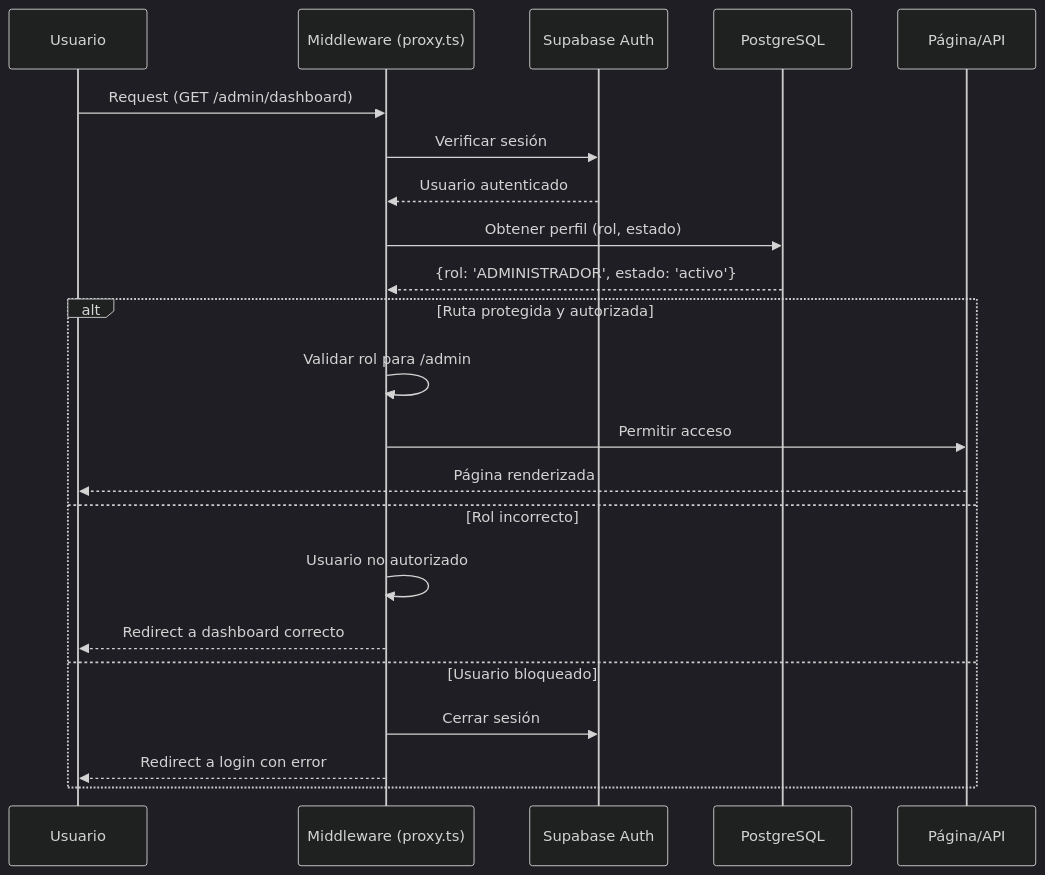
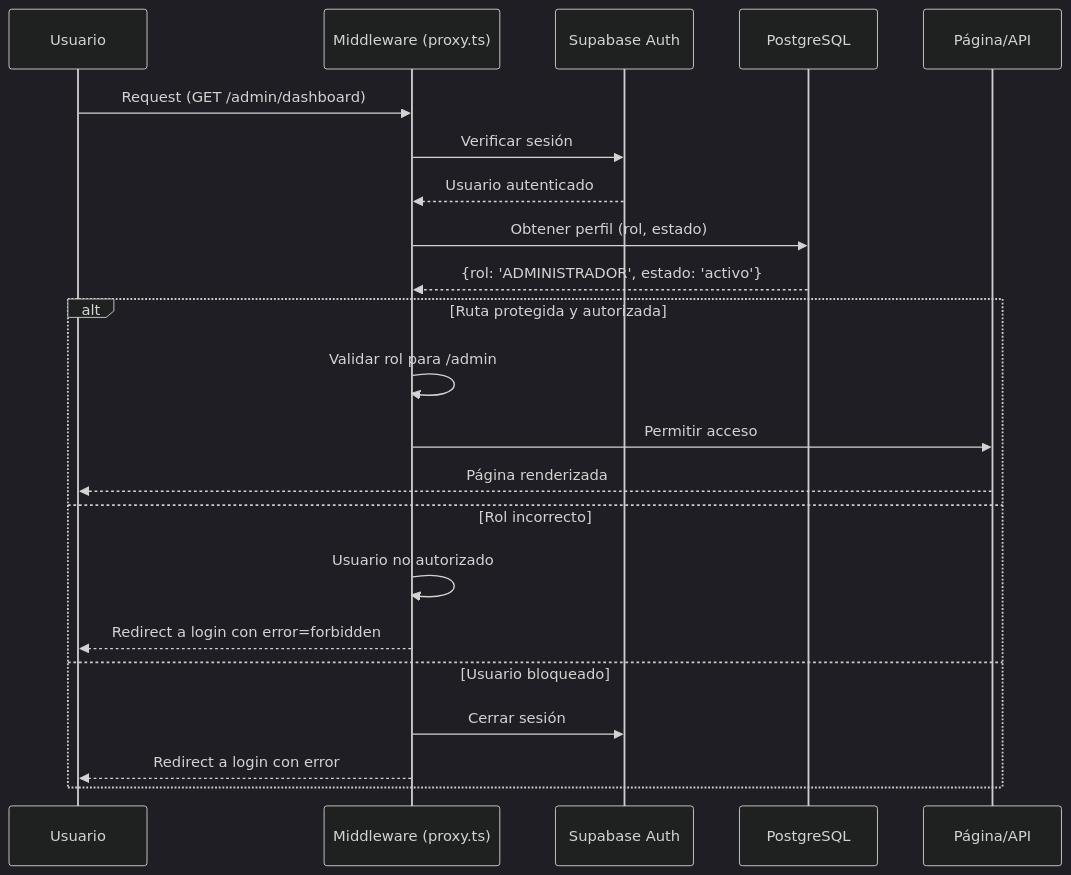
Before and after one commit to mintriago123/tesis_banco_alimentos: the second of 2 diagrams in docs/ARCHITECTURE.md, drawn with Mermaid (dark theme). The commit also changed other lines of this file and 4 other files, not shown here.

````diff
--- a/docs/ARCHITECTURE.md
+++ b/docs/ARCHITECTURE.md
@@ -510,26 +514,26 @@
 ```mermaid
 sequenceDiagram
     participant U as Usuario
     participant M as Middleware (proxy.ts)
     participant S as Supabase Auth
     participant DB as PostgreSQL
     participant P as Página/API
 
     U->>M: Request (GET /admin/dashboard)
     M->>S: Verificar sesión
     S-->>M: Usuario autenticado
     M->>DB: Obtener perfil (rol, estado)
     DB-->>M: {rol: 'ADMINISTRADOR', estado: 'activo'}
     
     alt Ruta protegida y autorizada
         M->>M: Validar rol para /admin
         M->>P: Permitir acceso
         P-->>U: Página renderizada
     else Rol incorrecto
         M->>M: Usuario no autorizado
-        M-->>U: Redirect a dashboard correcto
+        M-->>U: Redirect a login con error=forbidden
     else Usuario bloqueado
         M->>S: Cerrar sesión
         M-->>U: Redirect a login con error
     end
 ```
````
